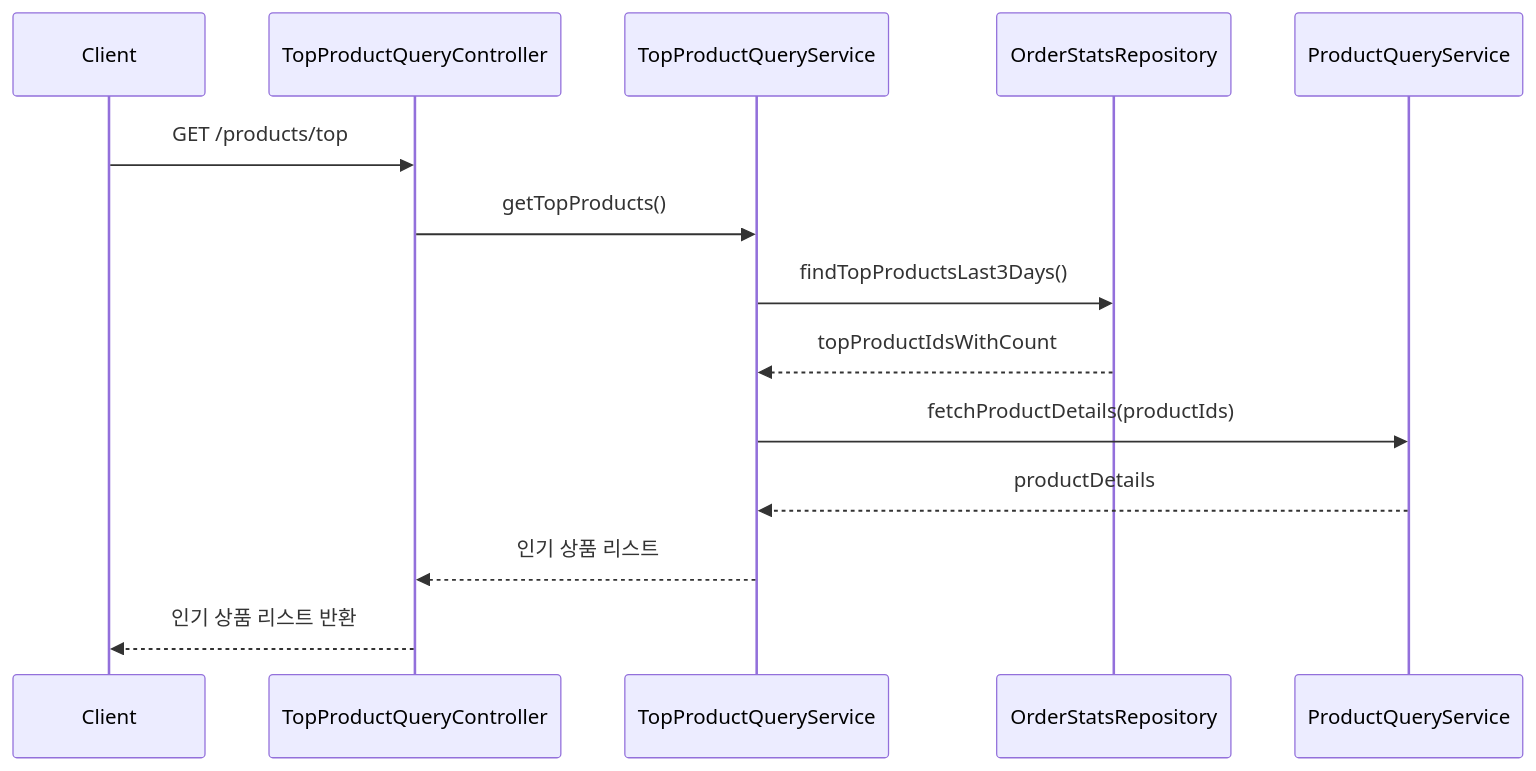
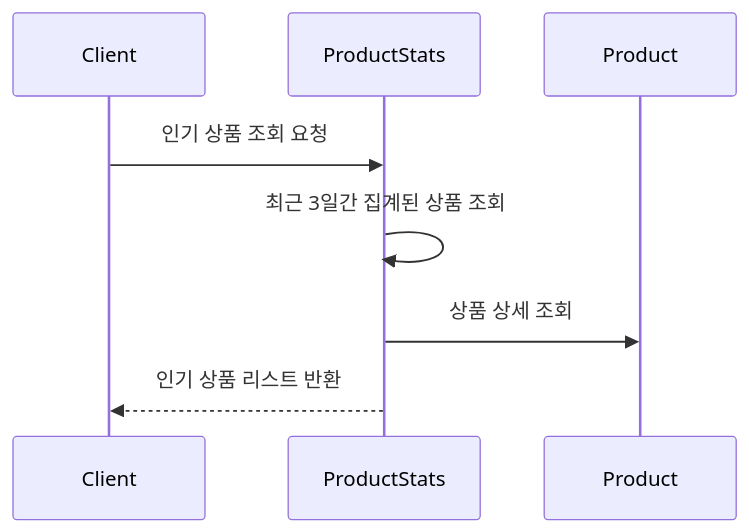
Before and after one commit to boldfaced7/hhplus-e-commerce: the fifth of 5 diagrams in docs/SEQUENCE_DIAGRAM.md, drawn with Mermaid. The commit also changed other lines of this file, not shown here.

````diff
--- a/docs/SEQUENCE_DIAGRAM.md
+++ b/docs/SEQUENCE_DIAGRAM.md
@@ -156,17 +90,11 @@
 ```mermaid
 sequenceDiagram
-    participant C as Client
-    participant PC as TopProductQueryController
-    participant TQ as TopProductQueryService
-    participant OS as OrderStatsRepository
-    participant PR as ProductQueryService
+    participant Client
+    participant ProductStats
+    participant Product
 
-    C ->> PC : GET /products/top
-    PC ->> TQ : getTopProducts()
-    TQ ->> OS : findTopProductsLast3Days()
-    OS -->> TQ : topProductIdsWithCount
-    TQ ->> PR : fetchProductDetails(productIds)
-    PR -->> TQ : productDetails
-    TQ -->> PC : 인기 상품 리스트
-    PC -->> C : 인기 상품 리스트 반환
+    Client ->> ProductStats: 인기 상품 조회 요청
+    ProductStats ->> ProductStats: 최근 3일간 집계된 상품 조회
+    ProductStats ->> Product: 상품 상세 조회
+    ProductStats -->> Client: 인기 상품 리스트 반환
 ```
````
